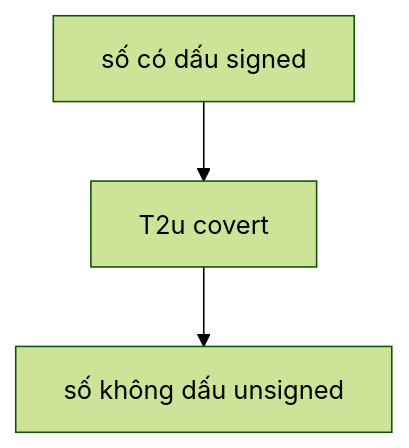
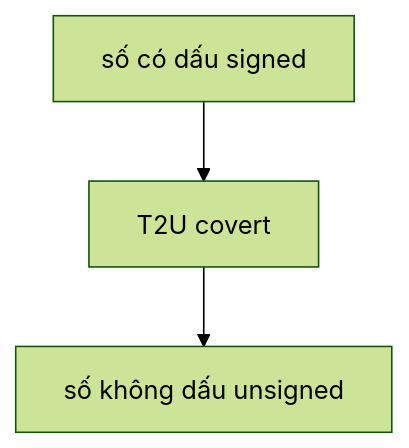
The first of 2 diagrams in writeup/two-complement-code/two-complement-code.md (tranquanghao708/Tin-hoc-dai-cuong), drawn with Mermaid (forest theme) before and after one commit.

````diff
--- a/writeup/two-complement-code/two-complement-code.md
+++ b/writeup/two-complement-code/two-complement-code.md
@@ -367,5 +367,5 @@
 ```mermaid
 flowchart TD
 	A[số có dấu signed] --> B[T2U covert]
-	B[T2u covert] --> C[số không dấu unsigned]
+	B --> C[số không dấu unsigned]
 ```
````
